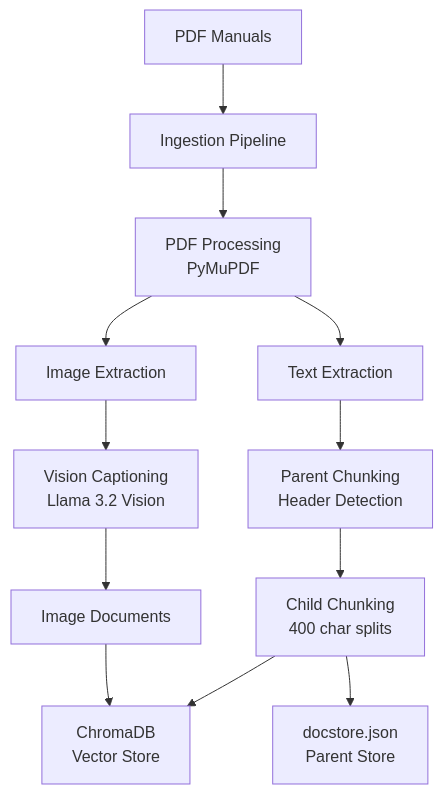
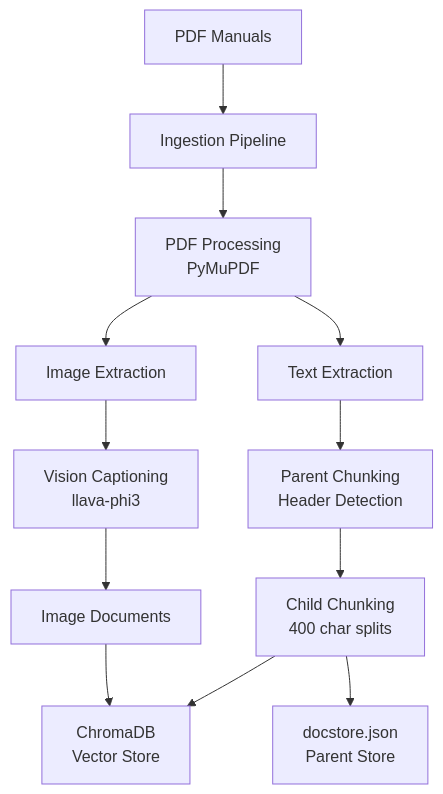
Before and after one commit to Vixen-77/RAG-implementation: the first of 4 diagrams in readme.md, drawn with Mermaid.

````diff
--- a/readme.md
+++ b/readme.md
@@ -33,14 +33,14 @@
 ```mermaid
 graph TD
     A[PDF Manuals] --> B[Ingestion Pipeline]
     B --> C[PDF Processing<br/>PyMuPDF]
     C --> D[Text Extraction]
     C --> E[Image Extraction]
     D --> F[Parent Chunking<br/>Header Detection]
-    E --> G[Vision Captioning<br/>Llama 3.2 Vision]
+    E --> G[Vision Captioning<br/>llava-phi3]
     F --> H[Child Chunking<br/>400 char splits]
     G --> I[Image Documents]
     H --> J[ChromaDB<br/>Vector Store]
     I --> J
     H --> K[docstore.json<br/>Parent Store]
 ```
````
